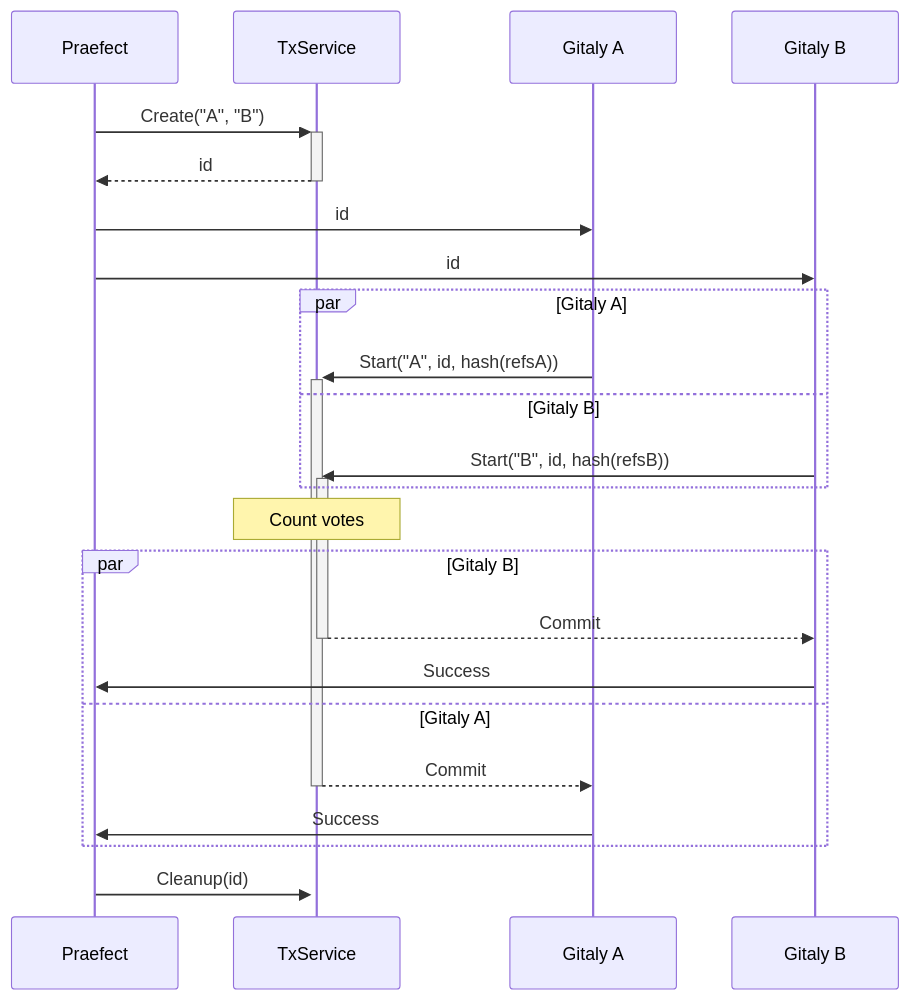
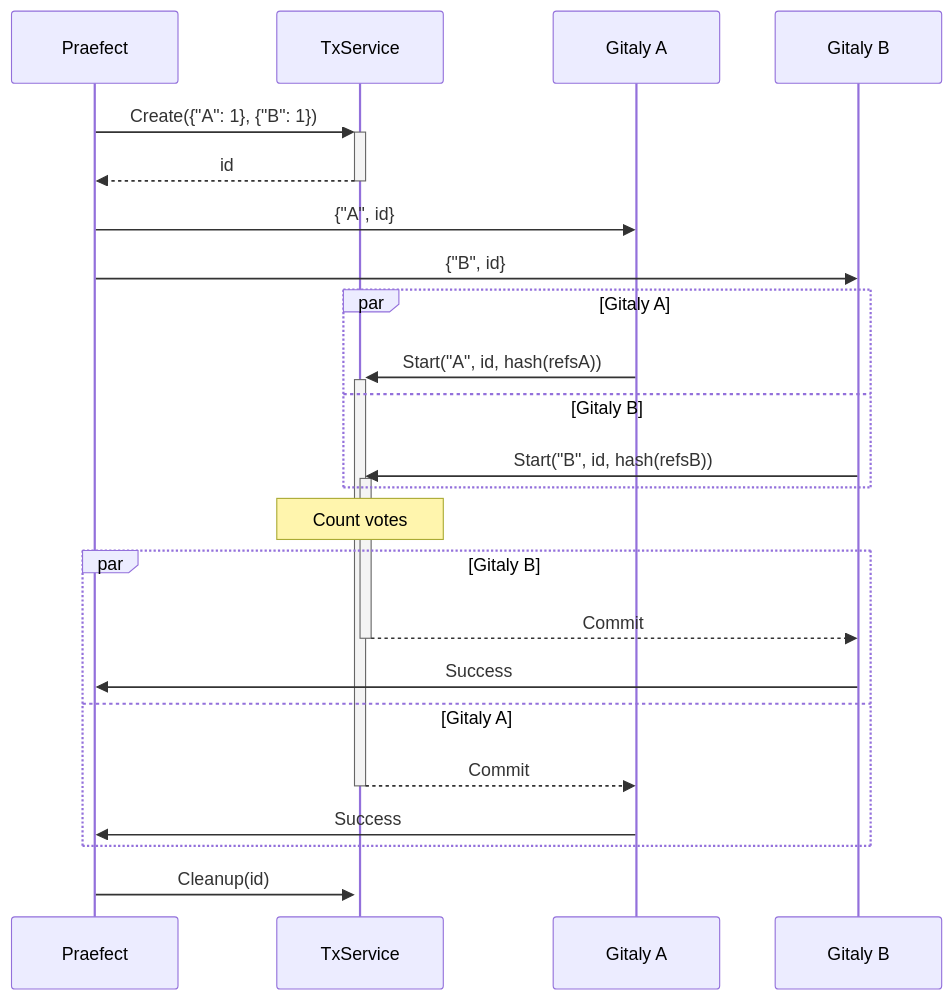
The seventh of 7 diagrams in doc/design_ha.md (k00mi/gitaly), drawn with Mermaid before and after one commit. The commit also changed other lines of this file, not shown here.

````diff
--- a/doc/design_ha.md
+++ b/doc/design_ha.md
@@ -359,25 +361,25 @@
 ```mermaid
 sequenceDiagram
-  Praefect->>+TxService: Create("A", "B")
+  Praefect->>+TxService: Create({"A": 1}, {"B": 1})
   TxService-->>-Praefect: id
-  Praefect->>Gitaly A: id
-  Praefect->>Gitaly B: id
+  Praefect->>Gitaly A: {"A", id}
+  Praefect->>Gitaly B: {"B", id}
 
   par Gitaly A
     Gitaly A->>+TxService: Start("A", id, hash(refsA))
   and Gitaly B
     Gitaly B->>+TxService: Start("B", id, hash(refsB))
   end
 
   Note over TxService: Count votes
 
   par Gitaly B
     TxService-->>-Gitaly B: Commit
     Gitaly B->>Praefect: Success
   and Gitaly A
     TxService-->>-Gitaly A: Commit
     Gitaly A->>Praefect: Success
   end
 
   Praefect->>+TxService: Cleanup(id)
 ```
````
